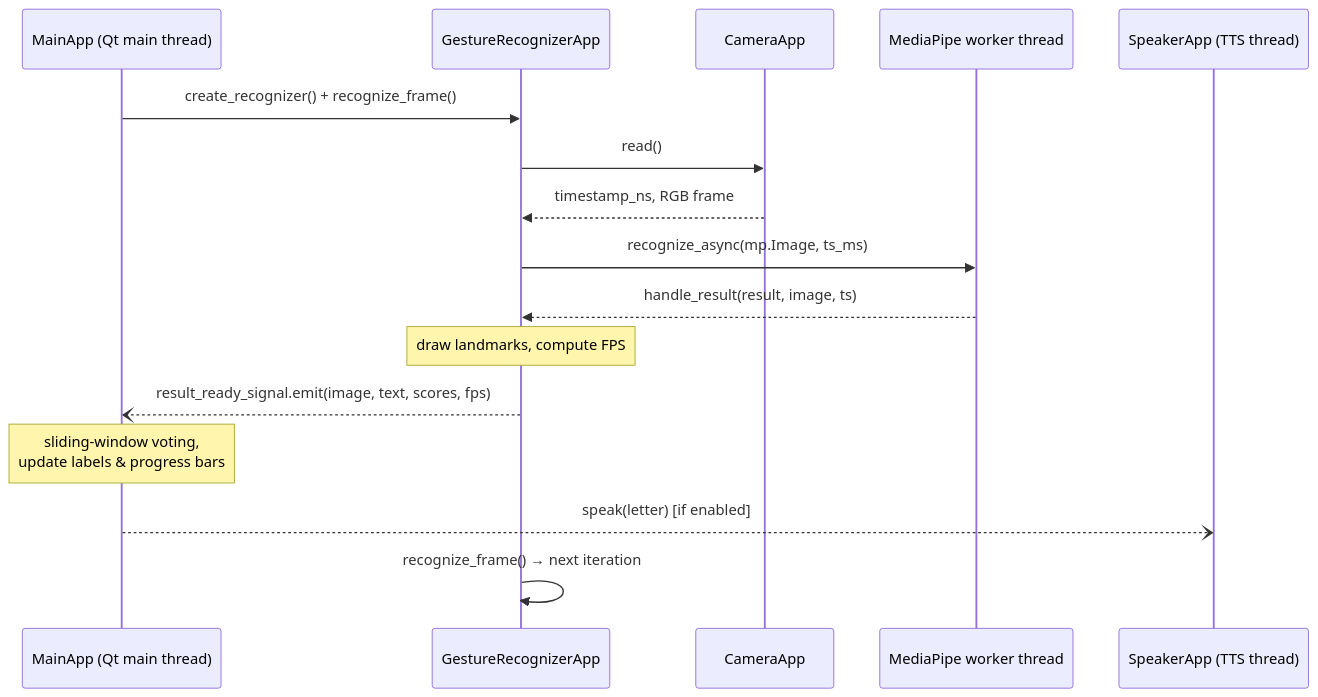
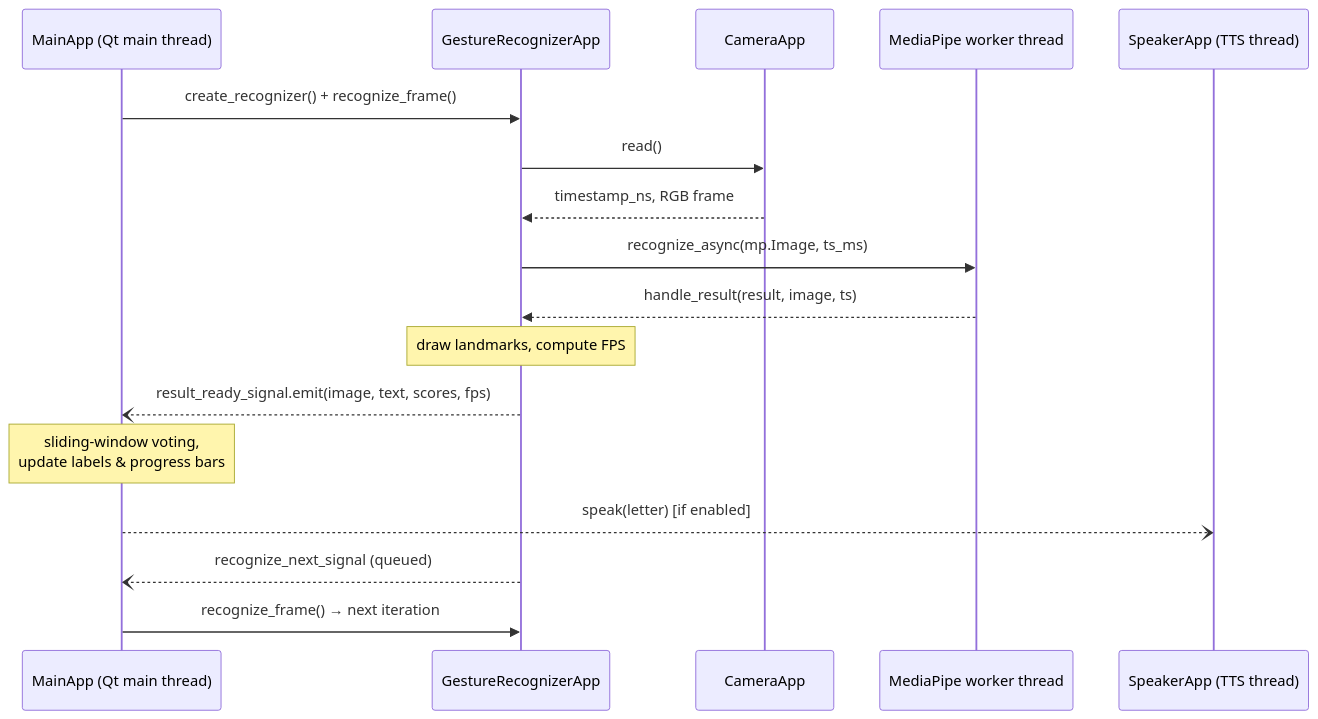
Before and after one commit to DXtR1337/AI_sign_language_translator: the second of 2 diagrams in docs/TECHNICAL_DOCUMENTATION.md, drawn with Mermaid. The commit also changed other lines of this file and 3 other files, not shown here.

````diff
--- a/docs/TECHNICAL_DOCUMENTATION.md
+++ b/docs/TECHNICAL_DOCUMENTATION.md
@@ -83,19 +83,20 @@
 ```mermaid
 sequenceDiagram
     participant M as MainApp (Qt main thread)
     participant R as GestureRecognizerApp
     participant C as CameraApp
     participant MP as MediaPipe worker thread
     participant T as SpeakerApp (TTS thread)
 
     M->>R: create_recognizer() + recognize_frame()
     R->>C: read()
     C-->>R: timestamp_ns, RGB frame
     R->>MP: recognize_async(mp.Image, ts_ms)
     MP-->>R: handle_result(result, image, ts)
     Note over R: draw landmarks, compute FPS
     R--)M: result_ready_signal.emit(image, text, scores, fps)
     Note over M: sliding-window voting,<br/>update labels & progress bars
     M--)T: speak(letter)  [if enabled]
-    R->>R: recognize_frame()  → next iteration
+    R--)M: recognize_next_signal (queued)
+    M->>R: recognize_frame()  → next iteration
 ```
````
